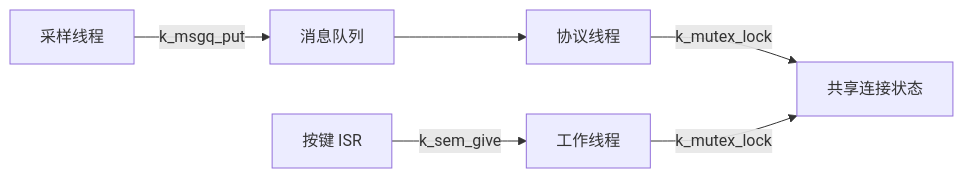
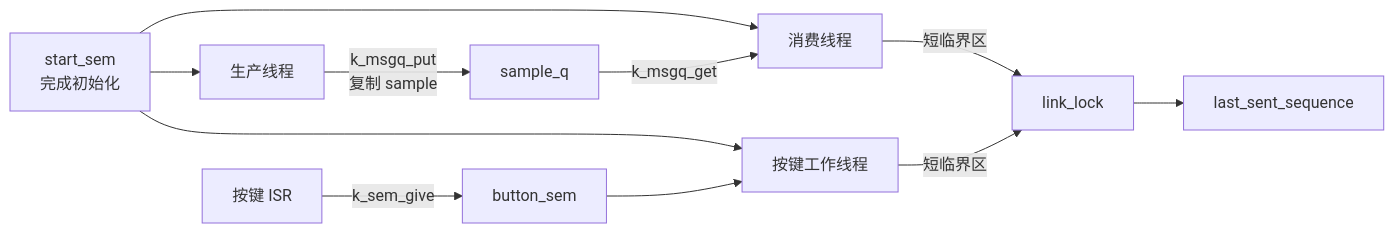
Before and after one commit to cdragon-ljl/EEandEdgeAI: the first of 2 diagrams in docs/articles/zephyr/zephyr-06-sync-ipc-semaphore-queue.md, drawn with Mermaid. The commit also changed other lines of this file and 35 other files, not shown here.

````diff
--- a/docs/articles/zephyr/zephyr-06-sync-ipc-semaphore-queue.md
+++ b/docs/articles/zephyr/zephyr-06-sync-ipc-semaphore-queue.md
@@ -29,8 +31,13 @@
 ```mermaid
 flowchart LR
-    ISR[按键 ISR] -->|k_sem_give| Worker[工作线程]
-    Sensor[采样线程] -->|k_msgq_put| Queue[消息队列]
-    Queue --> Consumer[协议线程]
-    Consumer -->|k_mutex_lock| Shared[共享连接状态]
-    Worker -->|k_mutex_lock| Shared
+    Start[start_sem<br/>完成初始化] --> Producer[生产线程]
+    Start --> Consumer[消费线程]
+    Start --> ButtonWorker[按键工作线程]
+    Producer -->|k_msgq_put<br/>复制 sample| Queue[sample_q]
+    Queue -->|k_msgq_get| Consumer
+    ISR[按键 ISR] -->|k_sem_give| ButtonSem[button_sem]
+    ButtonSem --> ButtonWorker
+    Consumer -->|短临界区| Lock[link_lock]
+    ButtonWorker -->|短临界区| Lock
+    Lock --> Shared[last_sent_sequence]
 ```
````
